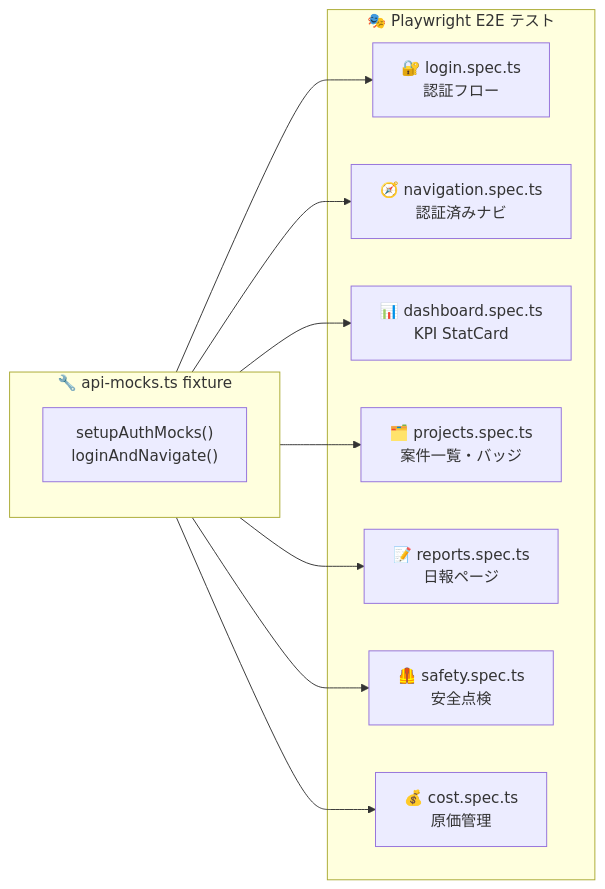
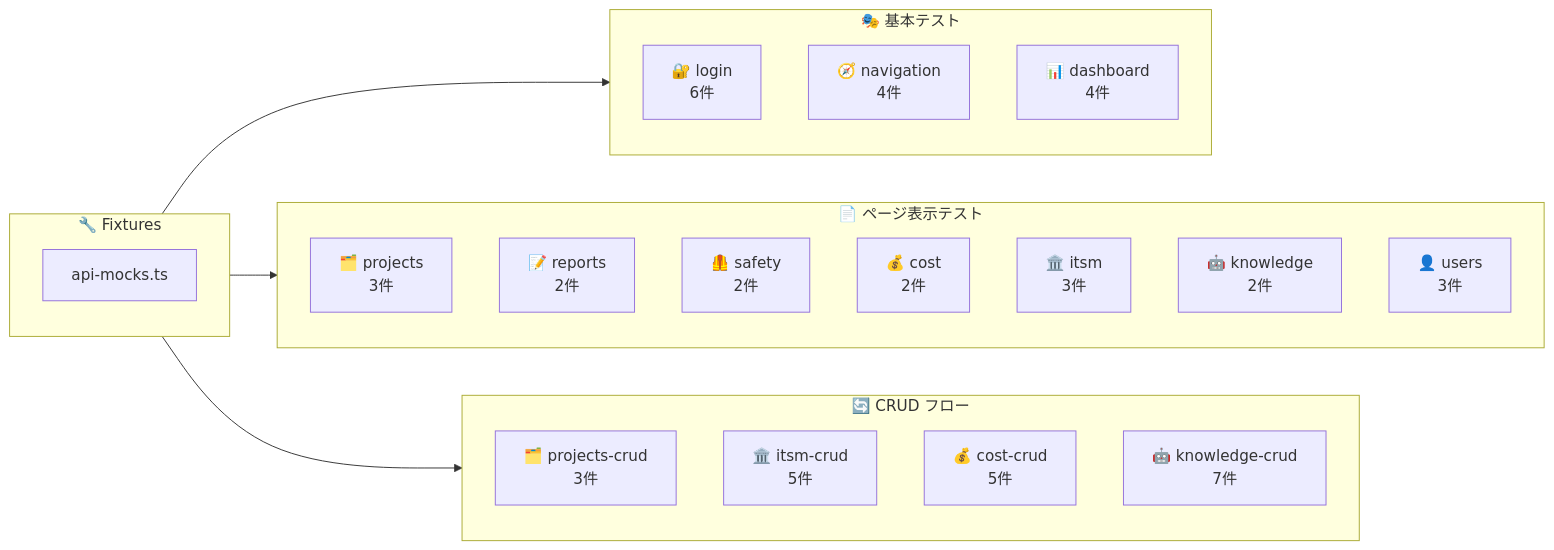
One commit to Kensan196948G/ServiceHub-Construction-Platform changed the fourth of 7 diagrams in README.md. Above: the diagram before and after it, drawn with Mermaid. The commit also changed other lines of this file, not shown here.

First line of the commit message:
docs: README.md 大幅更新 — Frontend構成図・E2Eテスト図・ロードマップ最新化

````diff
--- a/README.md
+++ b/README.md
@@ -147,18 +188,31 @@
 ```mermaid
 graph LR
-    subgraph E2E["🎭 Playwright E2E テスト"]
-        L["🔐 login.spec.ts\n認証フロー"]
-        N["🧭 navigation.spec.ts\n認証済みナビ"]
-        D["📊 dashboard.spec.ts\nKPI StatCard"]
-        P["🗂️ projects.spec.ts\n案件一覧・バッジ"]
-        R["📝 reports.spec.ts\n日報ページ"]
-        S["🦺 safety.spec.ts\n安全点検"]
-        C["💰 cost.spec.ts\n原価管理"]
+    subgraph Basic["🎭 基本テスト"]
+        L["🔐 login\n6件"]
+        N["🧭 navigation\n4件"]
+        D["📊 dashboard\n4件"]
     end
 
-    subgraph Fix["🔧 api-mocks.ts fixture"]
-        A["setupAuthMocks()\nloginAndNavigate()"]
+    subgraph Pages["📄 ページ表示テスト"]
+        P["🗂️ projects\n3件"]
+        R["📝 reports\n2件"]
+        S["🦺 safety\n2件"]
+        C["💰 cost\n2件"]
+        I["🏛️ itsm\n3件"]
+        K["🤖 knowledge\n2件"]
+        U["👤 users\n3件"]
     end
 
-    Fix --> L & N & D & P & R & S & C
+    subgraph CRUD["🔄 CRUD フロー"]
+        PC["🗂️ projects-crud\n3件"]
+        IC["🏛️ itsm-crud\n5件"]
+        CC["💰 cost-crud\n5件"]
+        KC["🤖 knowledge-crud\n7件"]
+    end
+
+    subgraph Fix["🔧 Fixtures"]
+        A["api-mocks.ts"]
+    end
+
+    Fix --> Basic & Pages & CRUD
 ```
````
